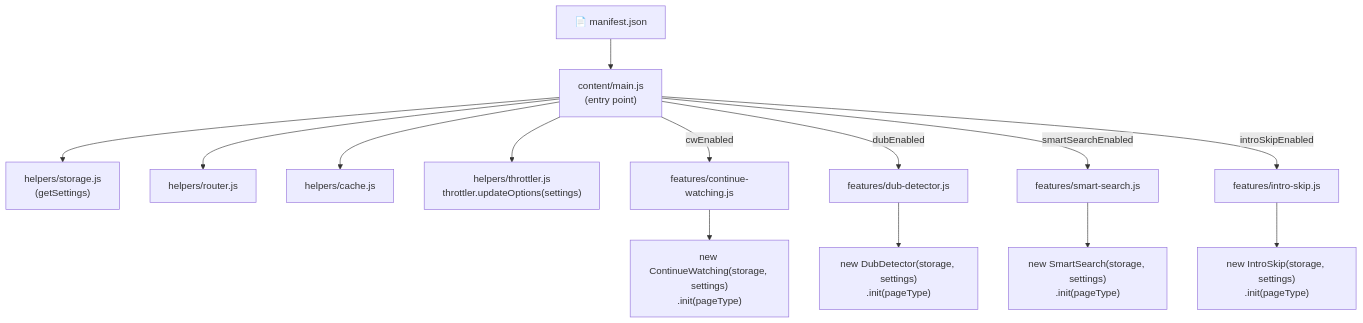
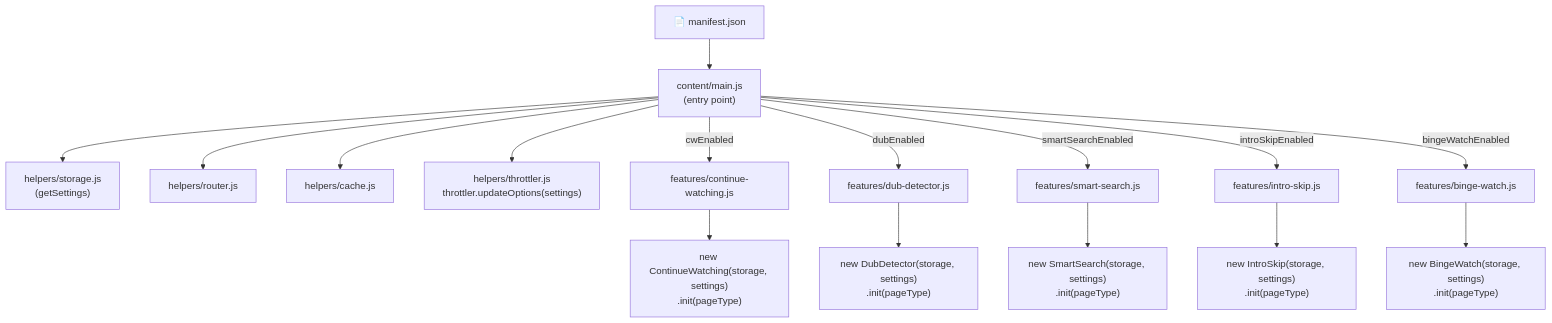
The first of 4 diagrams in docs/ARCHITECTURE.md (abdullahkhfb/animepahe-enhancer), drawn with Mermaid before and after one commit. The commit also changed other lines of this file and 1 other file, not shown here.

Commit message:
feat(docs): update architecture and contributing documentation with binge-watch feature details

````diff
--- a/docs/ARCHITECTURE.md
+++ b/docs/ARCHITECTURE.md
@@ -97,16 +98,18 @@
 ```mermaid
 flowchart TD
     MF["📄 manifest.json"] --> CM["content/main.js\n(entry point)"]
     CM --> HS["helpers/storage.js\n(getSettings)"]
     CM --> HR["helpers/router.js"]
     CM --> HCache["helpers/cache.js"]
     CM --> TH["helpers/throttler.js\nthrottler.updateOptions(settings)"]
     CM -->|cwEnabled| CW["features/continue-watching.js"]
     CM -->|dubEnabled| DD["features/dub-detector.js"]
     CM -->|smartSearchEnabled| SS["features/smart-search.js"]
     CM -->|introSkipEnabled| IS["features/intro-skip.js"]
+    CM -->|bingeWatchEnabled| BW["features/binge-watch.js"]
     CW --> CWI["new ContinueWatching(storage, settings)\n.init(pageType)"]
     DD --> DDI["new DubDetector(storage, settings)\n.init(pageType)"]
     SS --> SSI["new SmartSearch(storage, settings)\n.init(pageType)"]
     IS --> ISI["new IntroSkip(storage, settings)\n.init(pageType)"]
+    BW --> BWI["new BingeWatch(storage, settings)\n.init(pageType)"]
 ```
````
